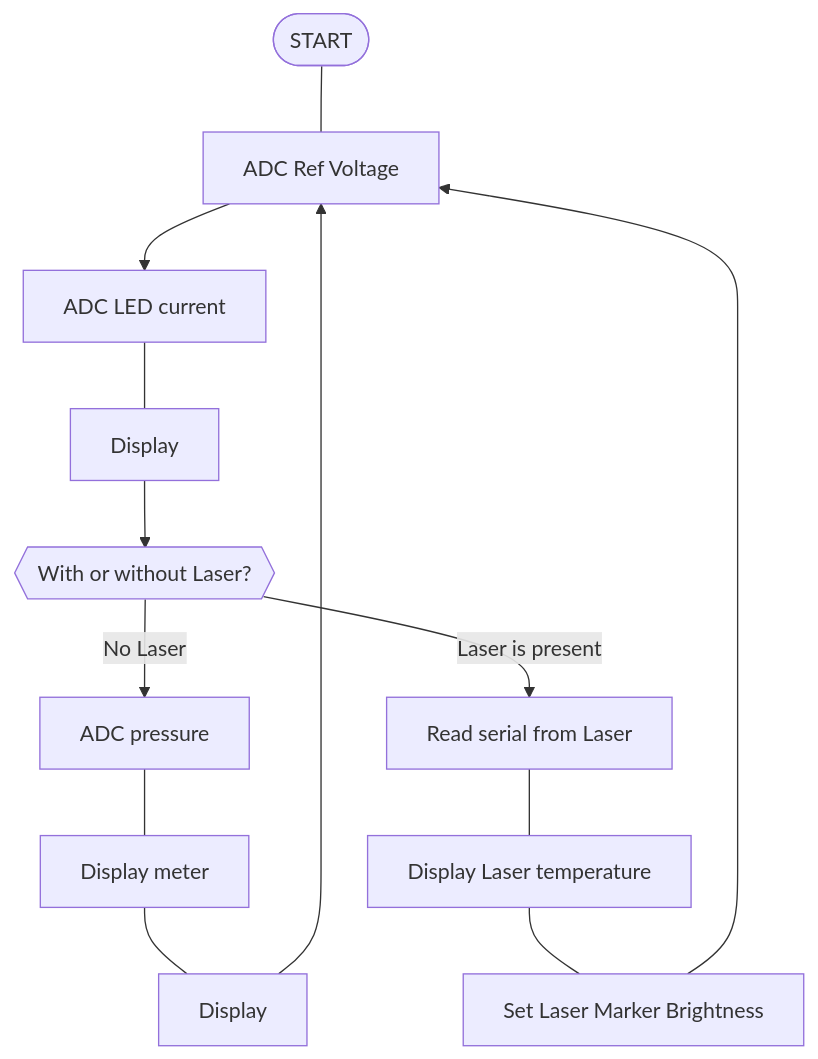
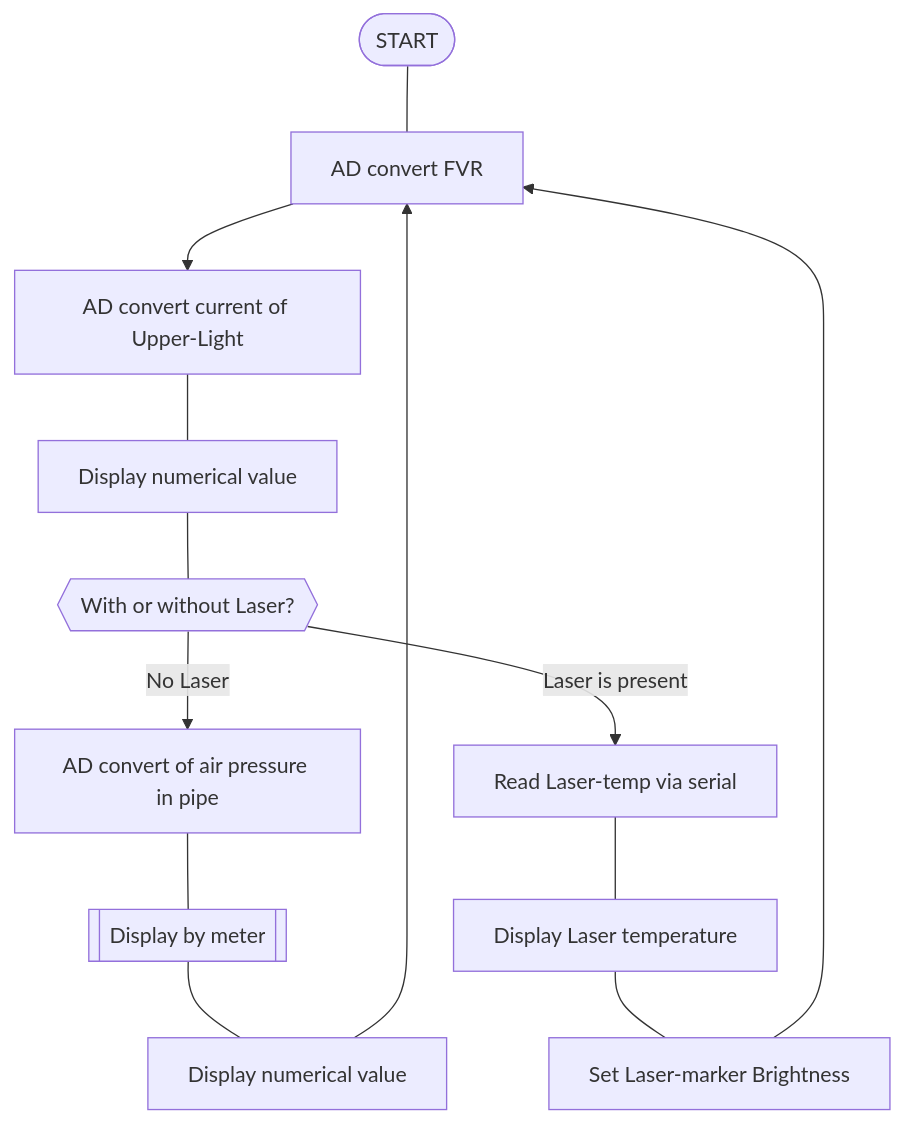
Before and after one commit to agysft/CPnP_Z: the diagram in README.md, drawn with Mermaid. The commit also changed 2 other files, not shown here.

Commit message:
Add comments to main.c; Modify readme

````diff
--- a/README.md
+++ b/README.md
@@ -7,15 +7,15 @@
 ```mermaid
 flowchart TD;
     I([START])---A;
-    A[ADC Ref Voltage]-->B[ADC LED current];
-    B---H[Display];
-    H-->C{{With or without Laser?}};
-    C-->|No Laser|E[ADC pressure];
-    E---F[Display meter];
-    F---G[Display];
+    A[AD convert FVR]-->B[AD convert current of Upper-Light];
+    B---H[Display numerical value];
+    H---C{{With or without Laser?}};
+    C-->|No Laser|E[AD convert of air pressure in pipe];
+    E---F[[Display by meter]];
+    F---G[Display numerical value];
     G-->A;
-    C-->|Laser is present|D[Read serial from Laser];
+    C-->|Laser is present|D[Read Laser-temp via serial];
     D---D2[Display Laser temperature];
-    D2---D3[Set Laser Marker Brightness];
+    D2---D3[Set Laser-marker Brightness];
     D3-->A;
 ```
````
